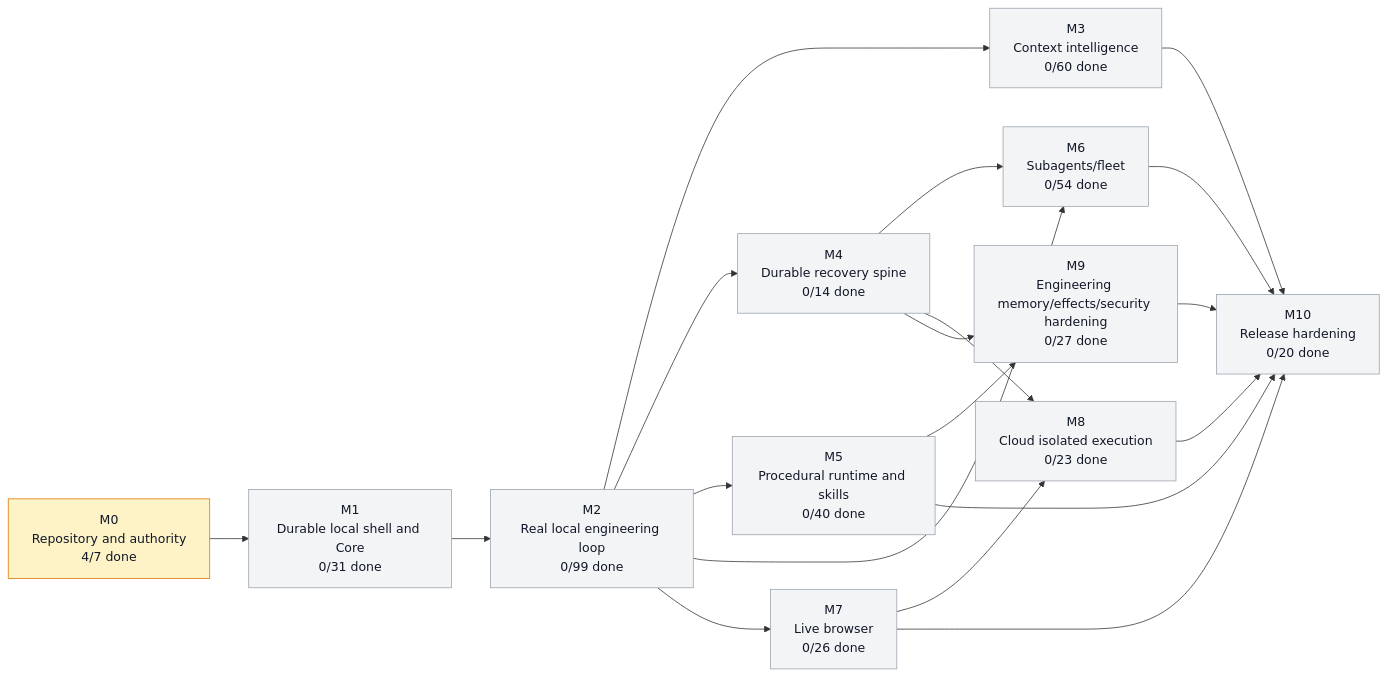
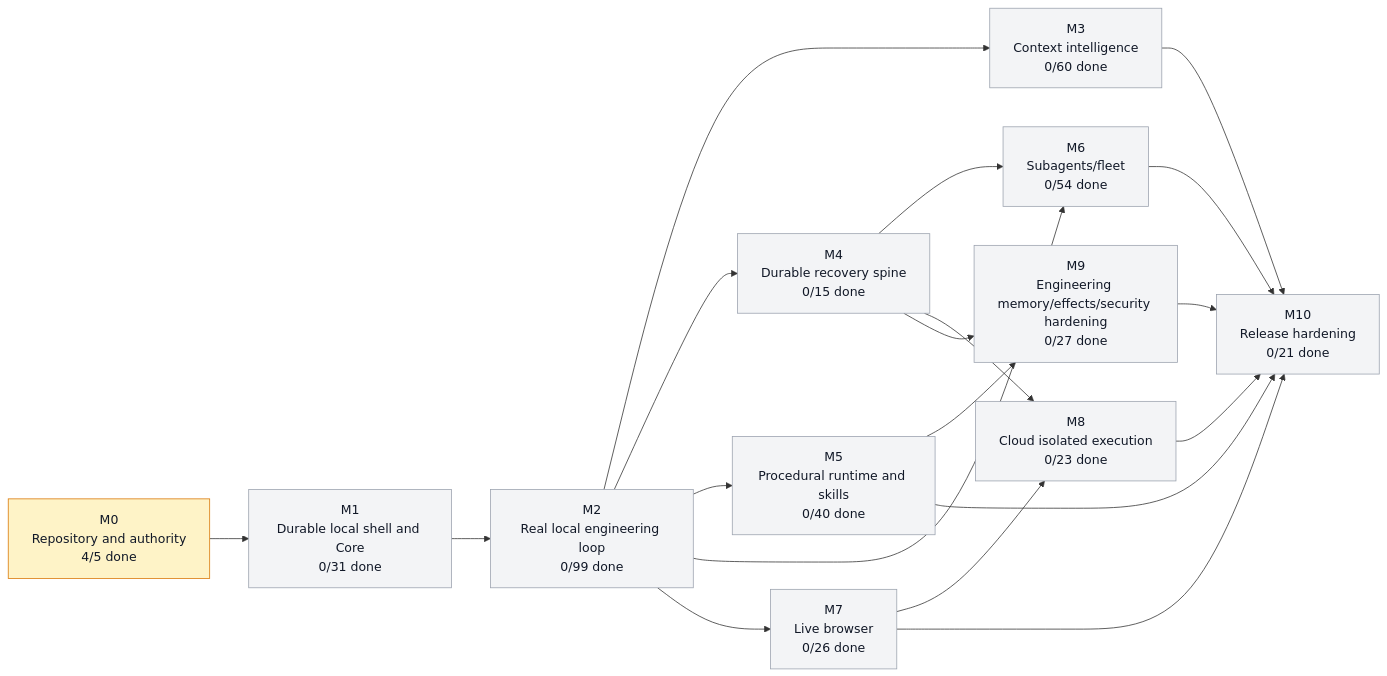
Before and after one commit to moss101/modbit: the first of 5 diagrams in graph/PROJECT_GRAPH.md, drawn with Mermaid. The commit also changed other lines of this file and 11 other files, not shown here.

````diff
--- a/graph/PROJECT_GRAPH.md
+++ b/graph/PROJECT_GRAPH.md
@@ -57,43 +57,43 @@
 ```mermaid
 flowchart LR
-  M0["M0<br/>Repository and authority<br/>4/7 done"]
+  M0["M0<br/>Repository and authority<br/>4/5 done"]
   M1["M1<br/>Durable local shell and Core<br/>0/31 done"]
   M2["M2<br/>Real local engineering loop<br/>0/99 done"]
   M3["M3<br/>Context intelligence<br/>0/60 done"]
-  M4["M4<br/>Durable recovery spine<br/>0/14 done"]
+  M4["M4<br/>Durable recovery spine<br/>0/15 done"]
   M5["M5<br/>Procedural runtime and skills<br/>0/40 done"]
   M6["M6<br/>Subagents/fleet<br/>0/54 done"]
   M7["M7<br/>Live browser<br/>0/26 done"]
   M8["M8<br/>Cloud isolated execution<br/>0/23 done"]
   M9["M9<br/>Engineering memory/effects/security hardening<br/>0/27 done"]
-  M10["M10<br/>Release hardening<br/>0/20 done"]
+  M10["M10<br/>Release hardening<br/>0/21 done"]
   M0 --> M1
   M1 --> M2
   M2 --> M3
   M2 --> M4
   M2 --> M5
   M2 --> M6
   M4 --> M6
   M2 --> M7
   M4 --> M8
   M7 --> M8
   M4 --> M9
   M5 --> M9
   M3 --> M10
   M5 --> M10
   M6 --> M10
   M7 --> M10
   M8 --> M10
   M9 --> M10
   style M0 fill:#fef3c7,stroke:#d97706,color:#111827
   style M1 fill:#f3f4f6,stroke:#9ca3af,color:#111827
   style M2 fill:#f3f4f6,stroke:#9ca3af,color:#111827
   style M3 fill:#f3f4f6,stroke:#9ca3af,color:#111827
   style M4 fill:#f3f4f6,stroke:#9ca3af,color:#111827
   style M5 fill:#f3f4f6,stroke:#9ca3af,color:#111827
   style M6 fill:#f3f4f6,stroke:#9ca3af,color:#111827
   style M7 fill:#f3f4f6,stroke:#9ca3af,color:#111827
   style M8 fill:#f3f4f6,stroke:#9ca3af,color:#111827
   style M9 fill:#f3f4f6,stroke:#9ca3af,color:#111827
   style M10 fill:#f3f4f6,stroke:#9ca3af,color:#111827
 ```
````
